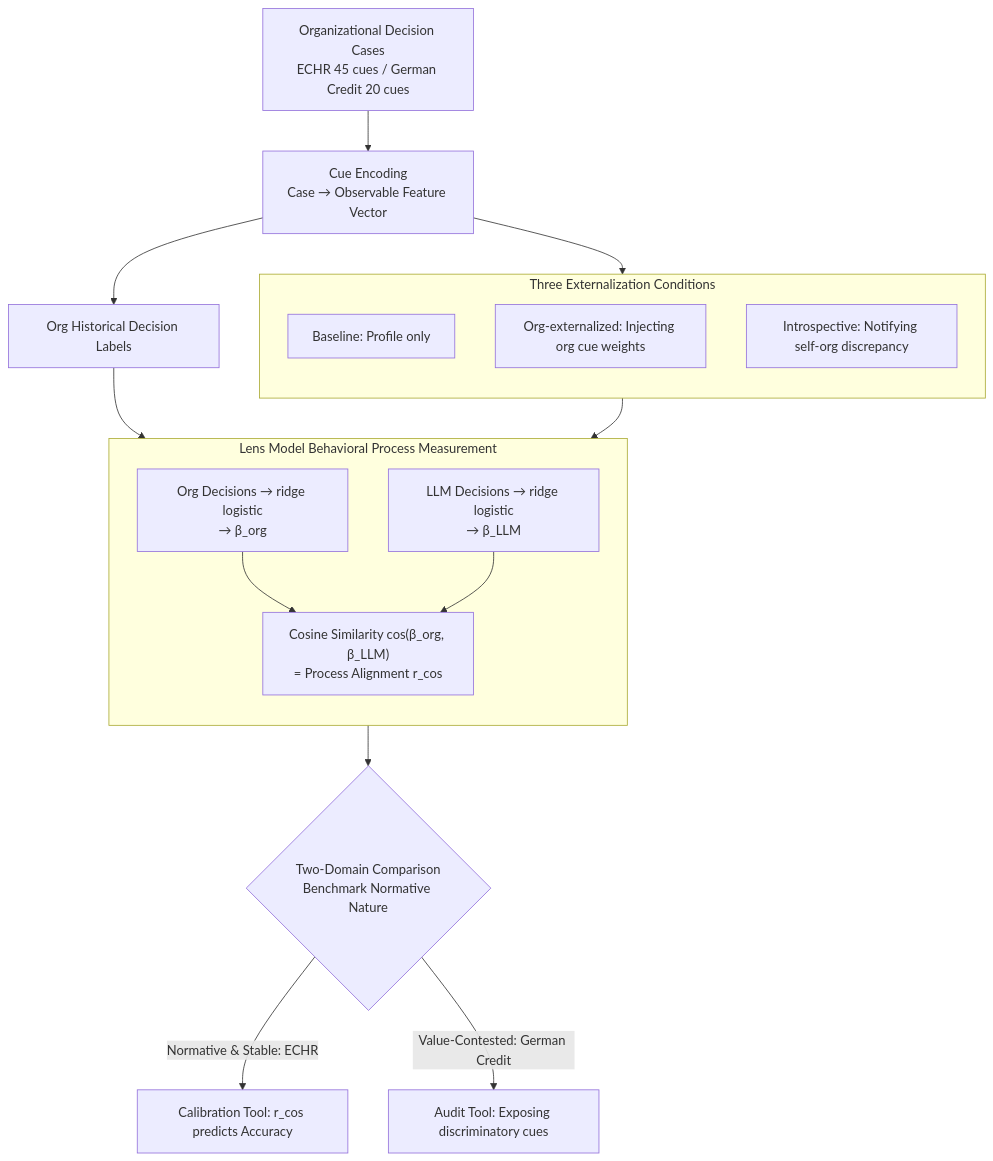
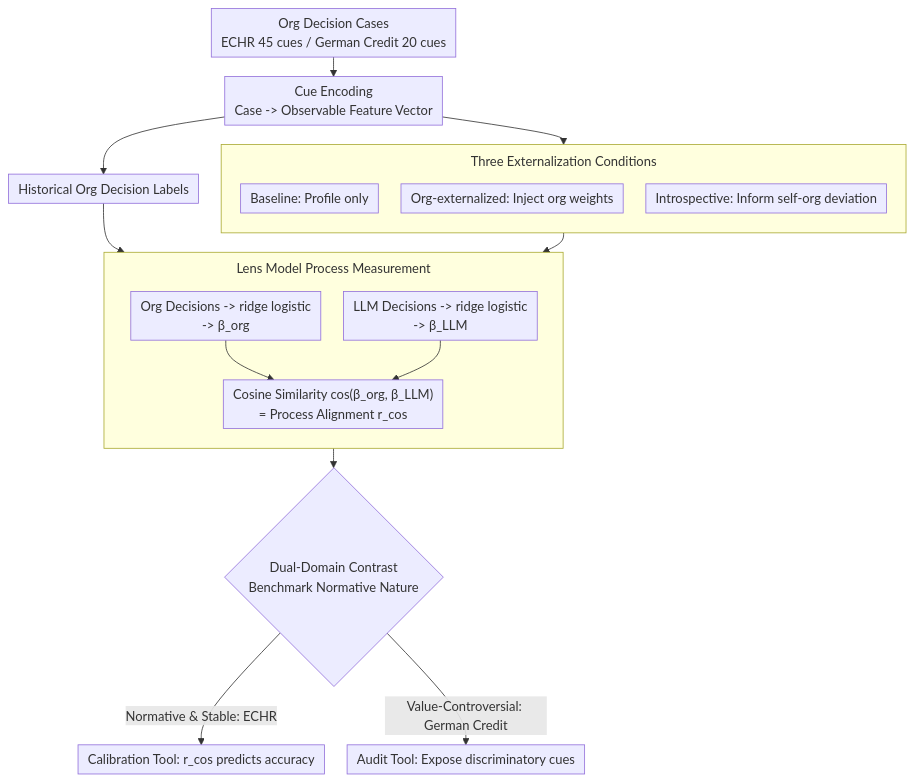
Before and after one commit to zhaoyang97/Paper-Notes-en: the diagram in docs/ICML2026/llm_evaluation/whose_alignment_comparing_llm_process_alignment_across_diverse_organizational_de.md, drawn with Mermaid. The commit also changed other lines of this file and 5084 other files, not shown here.

````diff
--- a/docs/ICML2026/llm_evaluation/whose_alignment_comparing_llm_process_alignment_across_diverse_organizational_de.md
+++ b/docs/ICML2026/llm_evaluation/whose_alignment_comparing_llm_process_alignment_across_diverse_organizational_de.md
@@ -49,25 +49,26 @@
 ```mermaid
-graph TD
-    A["Organizational Decision Cases<br/>ECHR 45 cues / German Credit 20 cues"] --> B["Cue Encoding<br/>Case → Observable Feature Vector"]
+%%{init: {'flowchart': {'rankSpacing': 24, 'nodeSpacing': 28, 'padding': 6, 'wrappingWidth': 400, 'subGraphTitleMargin': {'top': 8, 'bottom': 16}}}}%%
+flowchart TD
+    A["Org Decision Cases<br/>ECHR 45 cues / German Credit 20 cues"] --> B["Cue Encoding<br/>Case -> Observable Feature Vector"]
     subgraph COND["Three Externalization Conditions"]
         direction TB
         D1["Baseline: Profile only"]
-        D2["Org-externalized: Injecting org cue weights"]
-        D3["Introspective: Notifying self-org discrepancy"]
+        D2["Org-externalized: Inject org weights"]
+        D3["Introspective: Inform self-org deviation"]
     end
     B --> COND
-    B --> C["Org Historical Decision Labels"]
-    subgraph LENS["Lens Model Behavioral Process Measurement"]
+    B --> C["Historical Org Decision Labels"]
+    subgraph LENS["Lens Model Process Measurement"]
         direction TB
-        E["Org Decisions → ridge logistic<br/>→ β_org"]
-        F["LLM Decisions → ridge logistic<br/>→ β_LLM"]
+        E["Org Decisions -> ridge logistic<br/>-> β_org"]
+        F["LLM Decisions -> ridge logistic<br/>-> β_LLM"]
         G["Cosine Similarity cos(β_org, β_LLM)<br/>= Process Alignment r_cos"]
         E --> G
         F --> G
     end
     C --> E
     COND --> F
-    G --> H{"Two-Domain Comparison<br/>Benchmark Normative Nature"}
-    H -->|"Normative & Stable: ECHR"| I["Calibration Tool: r_cos predicts Accuracy"]
-    H -->|"Value-Contested: German Credit"| J["Audit Tool: Exposing discriminatory cues"]
+    G --> H{"Dual-Domain Contrast<br/>Benchmark Normative Nature"}
+    H -->|"Normative & Stable: ECHR"| I["Calibration Tool: r_cos predicts accuracy"]
+    H -->|"Value-Controversial: German Credit"| J["Audit Tool: Expose discriminatory cues"]
 ```
````
